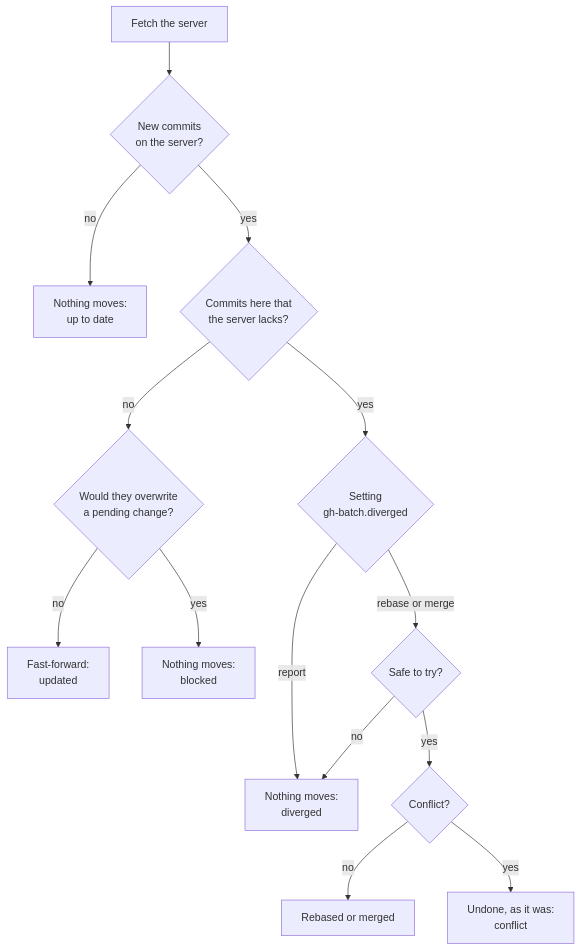
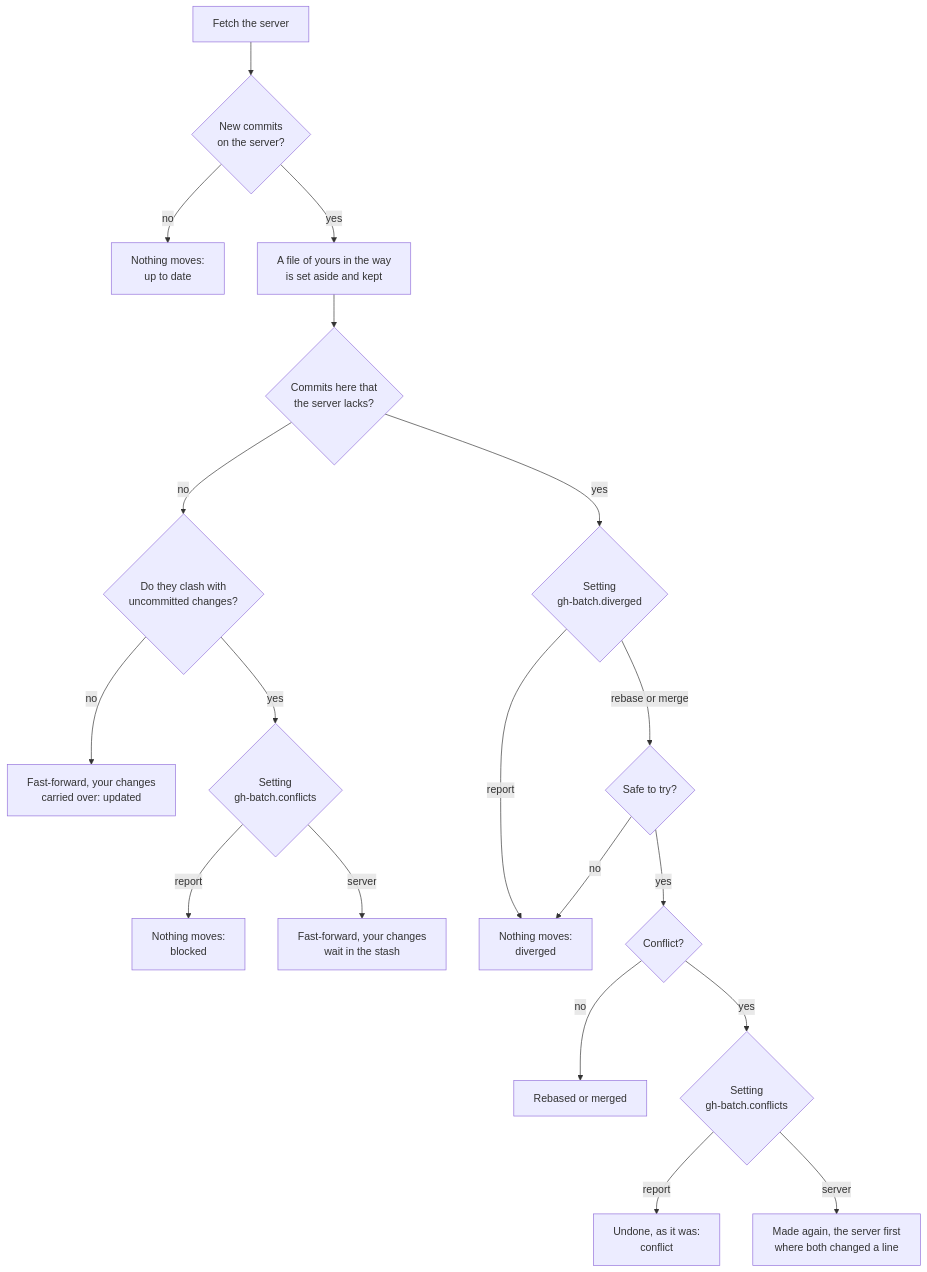
Before and after one commit to dutykh/gh-batch: the first of 2 diagrams in README.md, drawn with Mermaid. The commit also changed other lines of this file and 2 other files, not shown here.

````diff
--- a/README.md
+++ b/README.md
@@ -189,16 +194,21 @@
 ```mermaid
 flowchart TD
     fetch["Fetch the server"] --> new{"New commits<br/>on the server?"}
     new -- no --> same["Nothing moves:<br/>up to date"]
-    new -- yes --> mine{"Commits here that<br/>the server lacks?"}
-    mine -- no --> clash{"Would they overwrite<br/>a pending change?"}
-    clash -- no --> ff["Fast-forward:<br/>updated"]
-    clash -- yes --> blocked["Nothing moves:<br/>blocked"]
+    new -- yes --> aside["A file of yours in the way<br/>is set aside and kept"]
+    aside --> mine{"Commits here that<br/>the server lacks?"}
+    mine -- no --> clash{"Do they clash with<br/>uncommitted changes?"}
+    clash -- no --> ff["Fast-forward, your changes<br/>carried over: updated"]
+    clash -- yes --> who1{"Setting<br/>gh-batch.conflicts"}
+    who1 -- report --> blocked["Nothing moves:<br/>blocked"]
+    who1 -- server --> stash["Fast-forward, your changes<br/>wait in the stash"]
     mine -- yes --> setting{"Setting<br/>gh-batch.diverged"}
     setting -- report --> diverged["Nothing moves:<br/>diverged"]
     setting -- rebase or merge --> safe{"Safe to try?"}
     safe -- no --> diverged
     safe -- yes --> conflict{"Conflict?"}
     conflict -- no --> done["Rebased or merged"]
-    conflict -- yes --> undone["Undone, as it was:<br/>conflict"]
+    conflict -- yes --> who2{"Setting<br/>gh-batch.conflicts"}
+    who2 -- report --> undone["Undone, as it was:<br/>conflict"]
+    who2 -- server --> again["Made again, the server first<br/>where both changed a line"]
 ```
````
